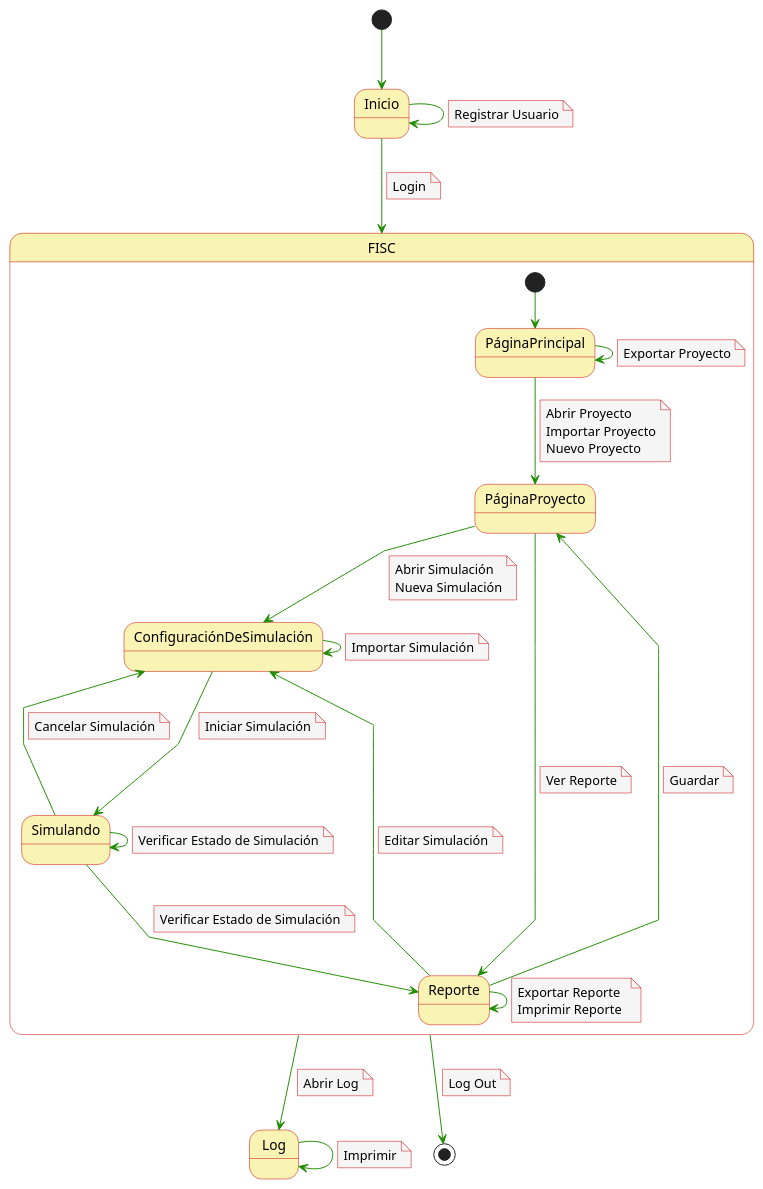
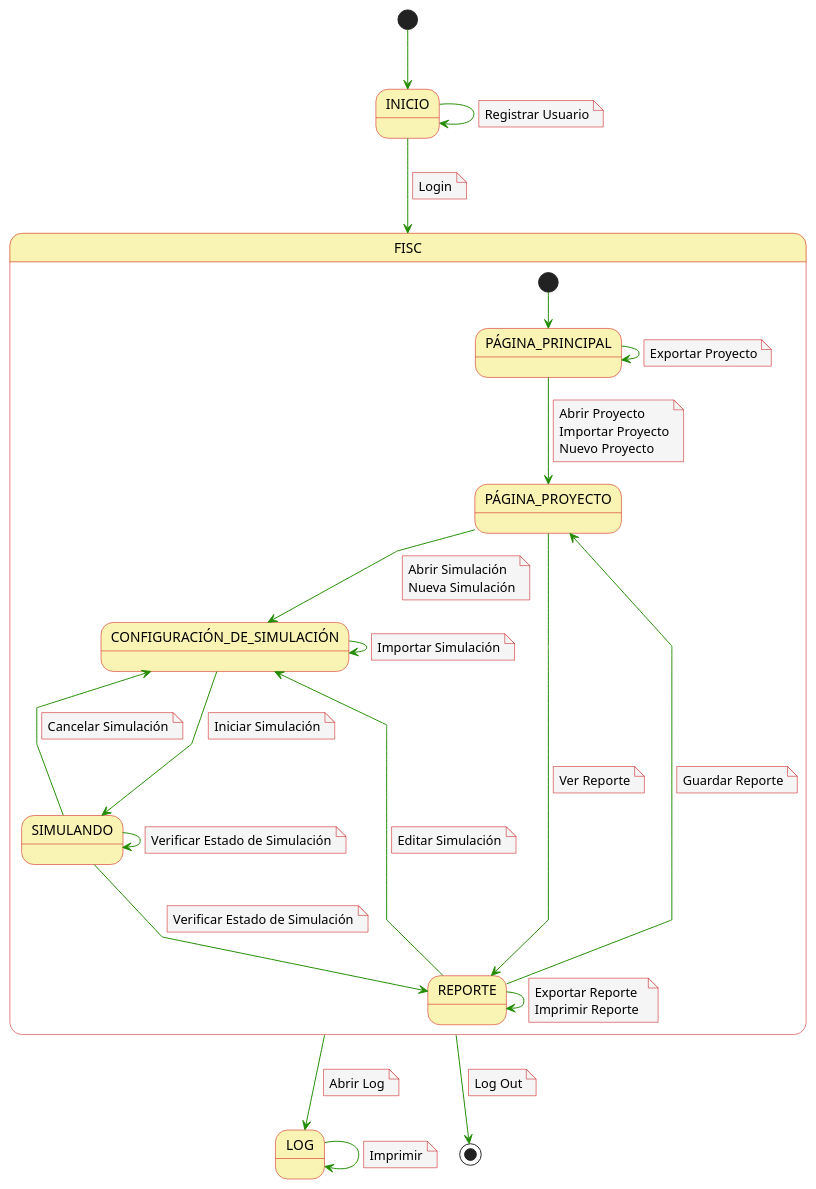
Before and after one commit to mmasias/23-24-IdSw1-SDR: the diagram in casosDeUso/diagramaContexto.puml, drawn with PlantUML. The commit also changed 20 other files, not shown here.

```diff
--- a/casosDeUso/diagramaContexto.puml
+++ b/casosDeUso/diagramaContexto.puml
@@ -1,96 +1,96 @@
 @startuml
 skinparam noteBackgroundColor #f5f5f5
 skinparam noteBorderColor #c90000
 skinparam arrowColor #218c00
 skinparam stateBackgroundColor #faf4b4
 skinparam stateBorderColor #c90000
 skinparam linetype polyline
 skinparam arrowThickness 1
 
-[*] --> Inicio
+[*] --> INICIO
 
-Inicio -d-> FISC 
+INICIO-d-> FISC 
 note on link
   Login
 end note
-Inicio -d-> Inicio
+INICIO-d-> INICIO
 note on link
   Registrar Usuario
 end note
 
 State FISC {
-[*] --> PáginaPrincipal 
+[*] --> PÁGINA_PRINCIPAL
 
-PáginaPrincipal -d-> PáginaProyecto
+PÁGINA_PRINCIPAL-d-> PÁGINA_PROYECTO
 note on link
   Abrir Proyecto 
   Importar Proyecto
   Nuevo Proyecto 
 end note 
 
-PáginaPrincipal -d-> PáginaPrincipal
+PÁGINA_PRINCIPAL-d-> PÁGINA_PRINCIPAL
 note on link
   Exportar Proyecto
 end note 
  
-PáginaProyecto -d-> ConfiguraciónDeSimulación
+PÁGINA_PROYECTO-d-> CONFIGURACIÓN_DE_SIMULACIÓN
 note on link
   Abrir Simulación
   Nueva Simulación
 end note 
-PáginaProyecto ---> Reporte
+PÁGINA_PROYECTO---> REPORTE
 note on link
   Ver Reporte
 end note 
 
-ConfiguraciónDeSimulación -d-> Simulando
+CONFIGURACIÓN_DE_SIMULACIÓN-d-> SIMULANDO
 note on link
   Iniciar Simulación
 end note 
-ConfiguraciónDeSimulación -d-> ConfiguraciónDeSimulación
+CONFIGURACIÓN_DE_SIMULACIÓN-d-> CONFIGURACIÓN_DE_SIMULACIÓN
 note on link
   Importar Simulación
 end note  
 
-Simulando ---> ConfiguraciónDeSimulación
+SIMULANDO---> CONFIGURACIÓN_DE_SIMULACIÓN
 note on link
   Cancelar Simulación
 end note 
-Simulando ---> Simulando
+SIMULANDO---> SIMULANDO
 note on link
   Verificar Estado de Simulación
 end note 
-Simulando ---> Reporte
+SIMULANDO---> REPORTE
 note on link
   Verificar Estado de Simulación
 end note 
 
-Reporte -d-> Reporte
+REPORTE-d-> REPORTE
 note on link
   Exportar Reporte  
   Imprimir Reporte
 end note 
-Reporte -d-> PáginaProyecto
+REPORTE-d-> PÁGINA_PROYECTO
 note on link
-  Guardar
+  Guardar Reporte
 end note 
-Reporte -d-> ConfiguraciónDeSimulación
+REPORTE-d-> CONFIGURACIÓN_DE_SIMULACIÓN
 note on link
   Editar Simulación
 end note 
 }
 
-Log ---> Log
+LOG---> LOG
 note on link
   Imprimir
 end note 
-FISC -d-> Log
+FISC -d-> LOG
 note on link
   Abrir Log
 end note 
 FISC --> [*]
 note on link
   Log Out
 end note 
 
 @enduml
```
